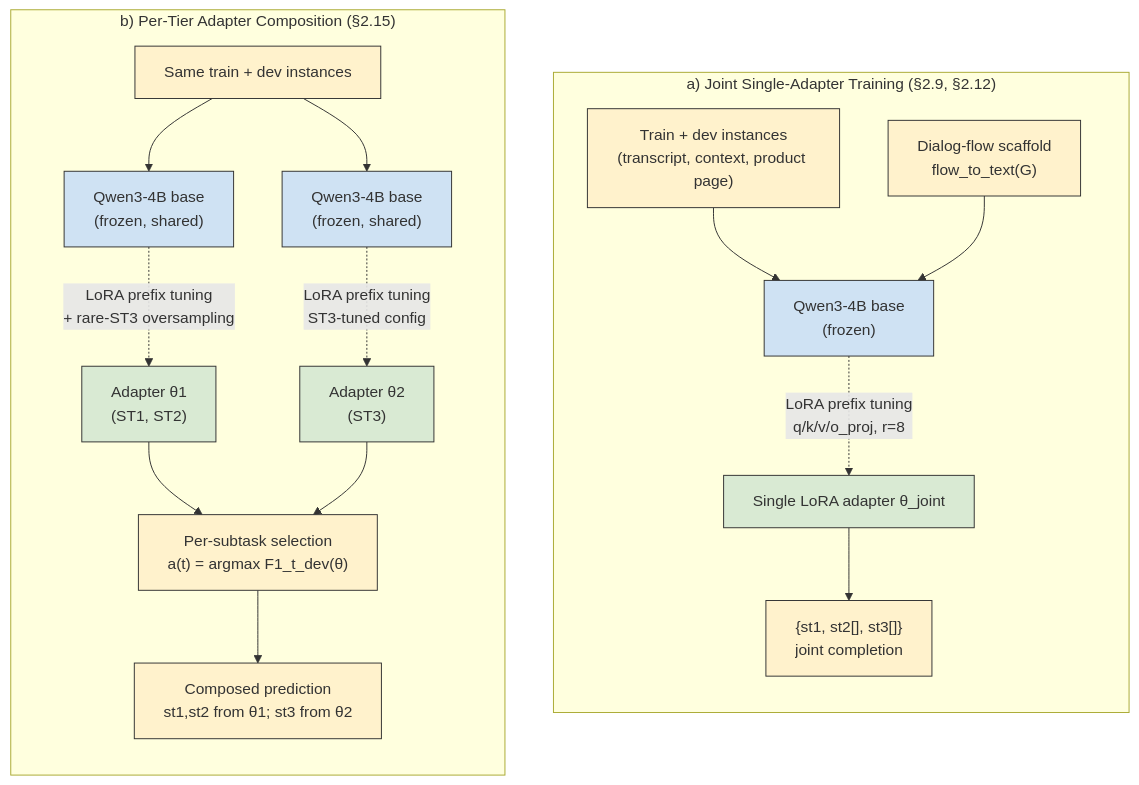
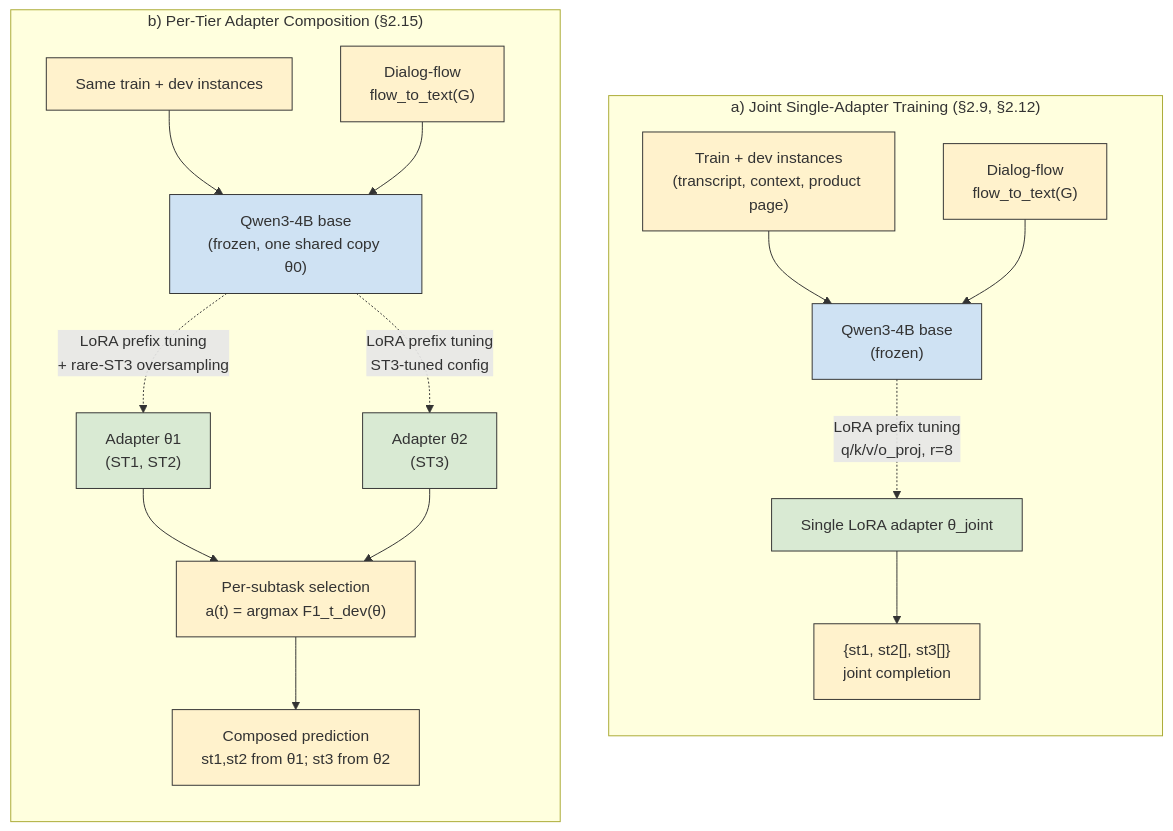
The second of 4 diagrams in README.md (aiejvn/childsafeads_emnllp), drawn with Mermaid before and after one commit. The commit also changed other lines of this file, not shown here.

````diff
--- a/README.md
+++ b/README.md
@@ -124,23 +123,23 @@
 ```mermaid
 flowchart TB
     subgraph a["a) Joint Single-Adapter Training (§2.9, §2.12)"]
     direction TB
         A1["Train + dev instances<br/>(transcript, context, product page)"]:::data --> A3["Qwen3-4B base<br/>(frozen)"]:::frozen
-        A2["Dialog-flow scaffold<br/>flow_to_text(G)"]:::data --> A3
+        A2["Dialog-flow <br/>flow_to_text(G)"]:::data --> A3
         A3 -. "LoRA prefix tuning<br/>q/k/v/o_proj, r=8" .-> A4["Single LoRA adapter θ_joint"]:::trainable
         A4 --> A5["{st1, st2[], st3[]}<br/>joint completion"]:::data
     end
     subgraph b["b) Per-Tier Adapter Composition (§2.15)"]
     direction TB
-        B1["Same train + dev instances"]:::data --> B3a["Qwen3-4B base<br/>(frozen, shared)"]:::frozen
-        B1 --> B3b["Qwen3-4B base<br/>(frozen, shared)"]:::frozen
-        B3a -. "LoRA prefix tuning<br/>+ rare-ST3 oversampling" .-> B4a["Adapter θ1<br/>(ST1, ST2)"]:::trainable
-        B3b -. "LoRA prefix tuning<br/>ST3-tuned config" .-> B4b["Adapter θ2<br/>(ST3)"]:::trainable
+        B1["Same train + dev instances"]:::data --> B3["Qwen3-4B base<br/>(frozen, one shared copy θ0)"]:::frozen
+        B2["Dialog-flow <br/>flow_to_text(G)"]:::data --> B3
+        B3 -. "LoRA prefix tuning<br/>+ rare-ST3 oversampling" .-> B4a["Adapter θ1<br/>(ST1, ST2)"]:::trainable
+        B3 -. "LoRA prefix tuning<br/>ST3-tuned config" .-> B4b["Adapter θ2<br/>(ST3)"]:::trainable
         B4a --> B5["Per-subtask selection<br/>a(t) = argmax F1_t_dev(θ)"]:::data
         B4b --> B5
         B5 --> B6["Composed prediction<br/>st1,st2 from θ1; st3 from θ2"]:::data
     end
     classDef frozen fill:#cfe2f3,stroke:#333
     classDef trainable fill:#d9ead3,stroke:#333
     classDef data fill:#fff2cc,stroke:#333
 ```
````
